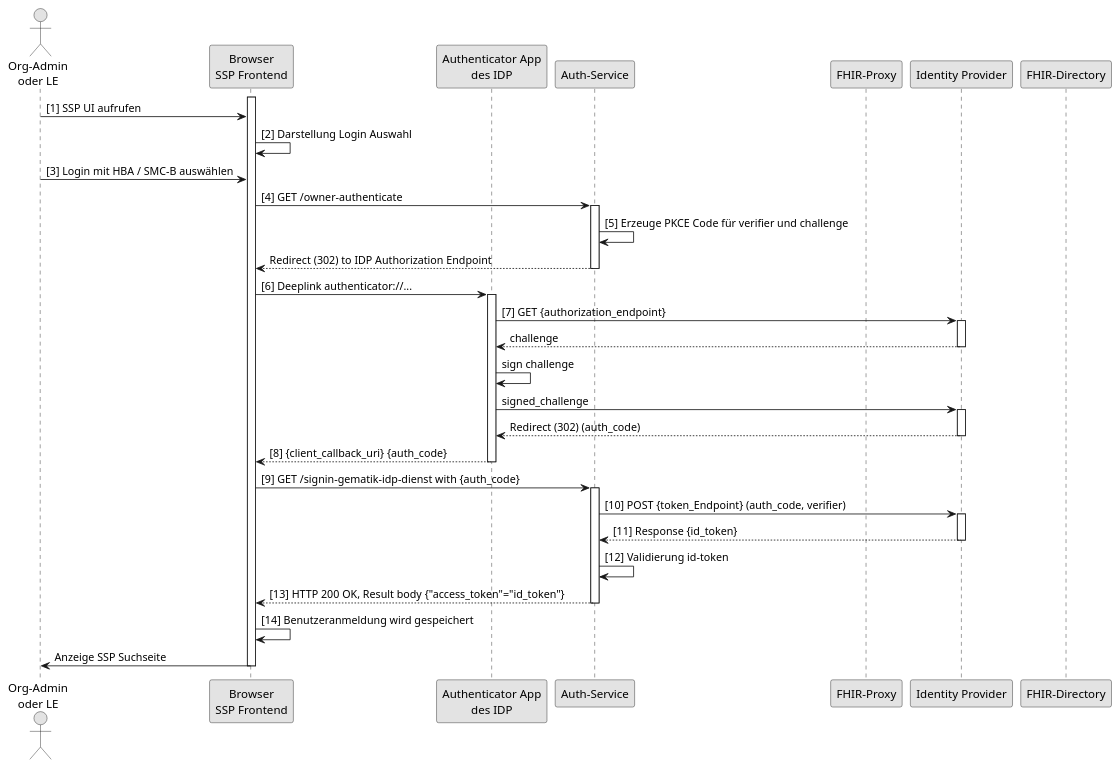
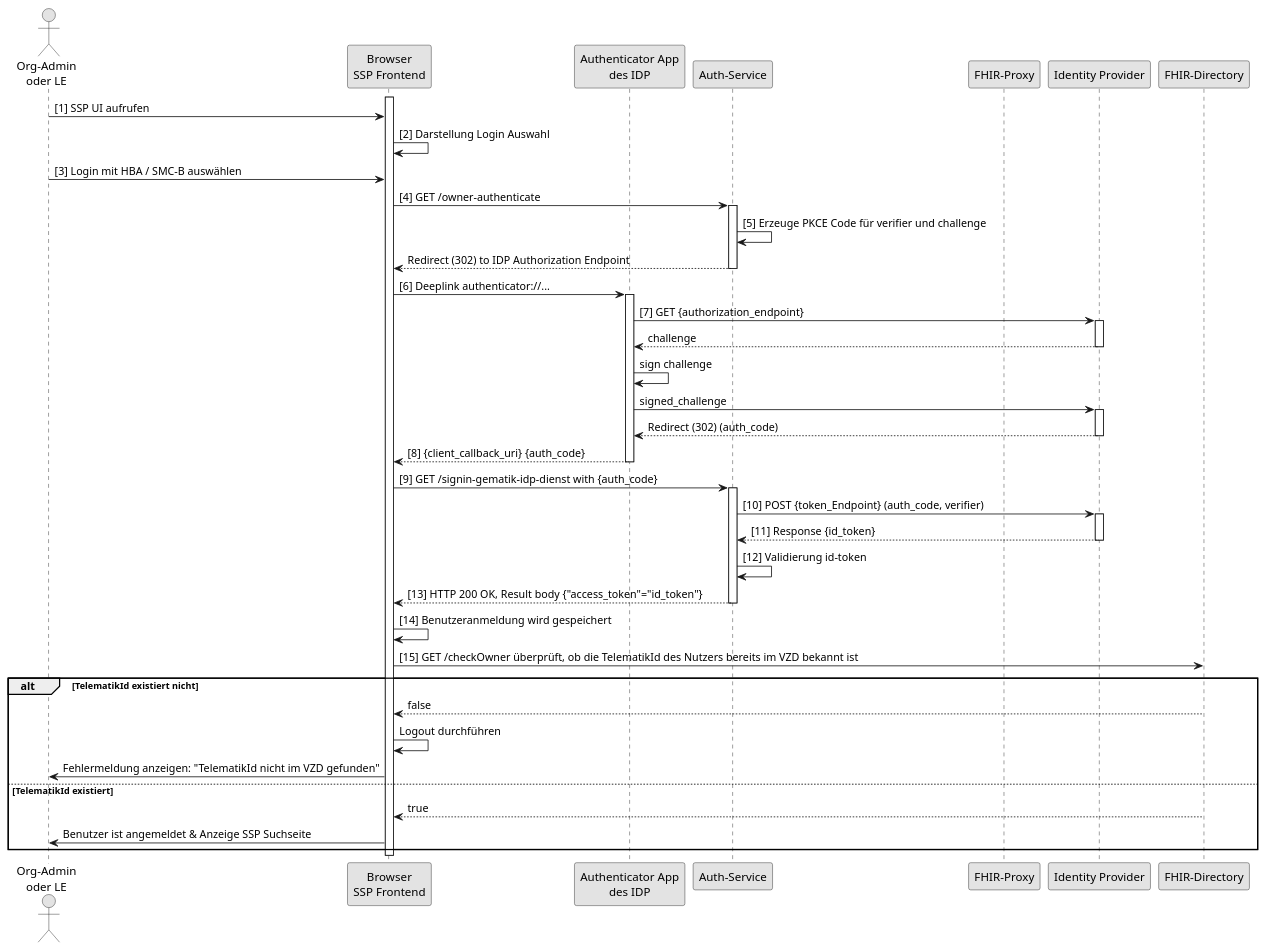
One commit to gematik/api-vzd changed the diagram in src/plantuml/SequenceDiagram.FHIR-Directory.SSP.Auth.Card.puml. Above: the diagram before and after it, drawn with PlantUML.

Commit message:
Added workflow

```diff
--- a/src/plantuml/SequenceDiagram.FHIR-Directory.SSP.Auth.Card.puml
+++ b/src/plantuml/SequenceDiagram.FHIR-Directory.SSP.Auth.Card.puml
@@ -1,58 +1,66 @@
 @startuml
 
 skinparam dpi 100
 skinparam WrapWidth 200
 skinparam monochrome true
 
 'title "FHIR-Directory, Sequenzdiagram SSP Authenticate mit Smartcard'
 actor o as "Org-Admin\noder LE"
 participant cl as "Browser\nSSP Frontend"
 participant aa as "Authenticator App\ndes IDP"
 participant au as "Auth-Service"
 participant fp as "FHIR-Proxy"
 participant idp as "Identity Provider"
 participant fd as "FHIR-Directory"
 
 activate cl
 o -> cl: [1] SSP UI aufrufen
 cl -> cl: [2] Darstellung Login Auswahl
 o -> cl: [3] Login mit HBA / SMC-B auswählen
 
 
 cl -> au: [4] GET /owner-authenticate
 activate au
 au -> au: [5] Erzeuge PKCE Code für verifier und challenge
 au --> cl: Redirect (302) to IDP Authorization Endpoint
 deactivate au
 cl -> aa: [6] Deeplink authenticator://...
 activate aa
 
 aa -> idp: [7] GET {authorization_endpoint}
 activate idp
 idp --> aa: challenge
 deactivate idp
 aa -> aa: sign challenge
 aa-> idp: signed_challenge
 activate idp
 idp --> aa: Redirect (302) (auth_code)
 deactivate idp
 aa --> cl: [8] {client_callback_uri} {auth_code}
 deactivate aa
 
 cl -> au: [9] GET /signin-gematik-idp-dienst with {auth_code}
 activate au
 au -> idp: [10] POST {token_Endpoint} (auth_code, verifier)
 activate idp
 idp --> au: [11] Response {id_token}
 deactivate idp
 
 au -> au: [12] Validierung id-token
 au --> cl: [13] HTTP 200 OK, Result body {"access_token"="id_token"}
 deactivate au
 
 cl -> cl: [14] Benutzeranmeldung wird gespeichert
-cl -> o: Anzeige SSP Suchseite
+cl -> fd: [15] GET /checkOwner überprüft, ob die TelematikId des Nutzers bereits im VZD bekannt ist
+alt TelematikId existiert nicht
+    fd --> cl: false
+    cl -> cl: Logout durchführen
+    cl -> o: Fehlermeldung anzeigen: "TelematikId nicht im VZD gefunden"
+else TelematikId existiert
+    fd --> cl: true
+    cl -> o: Benutzer ist angemeldet & Anzeige SSP Suchseite
+end
 
 deactivate cl
 
 @enduml
```
